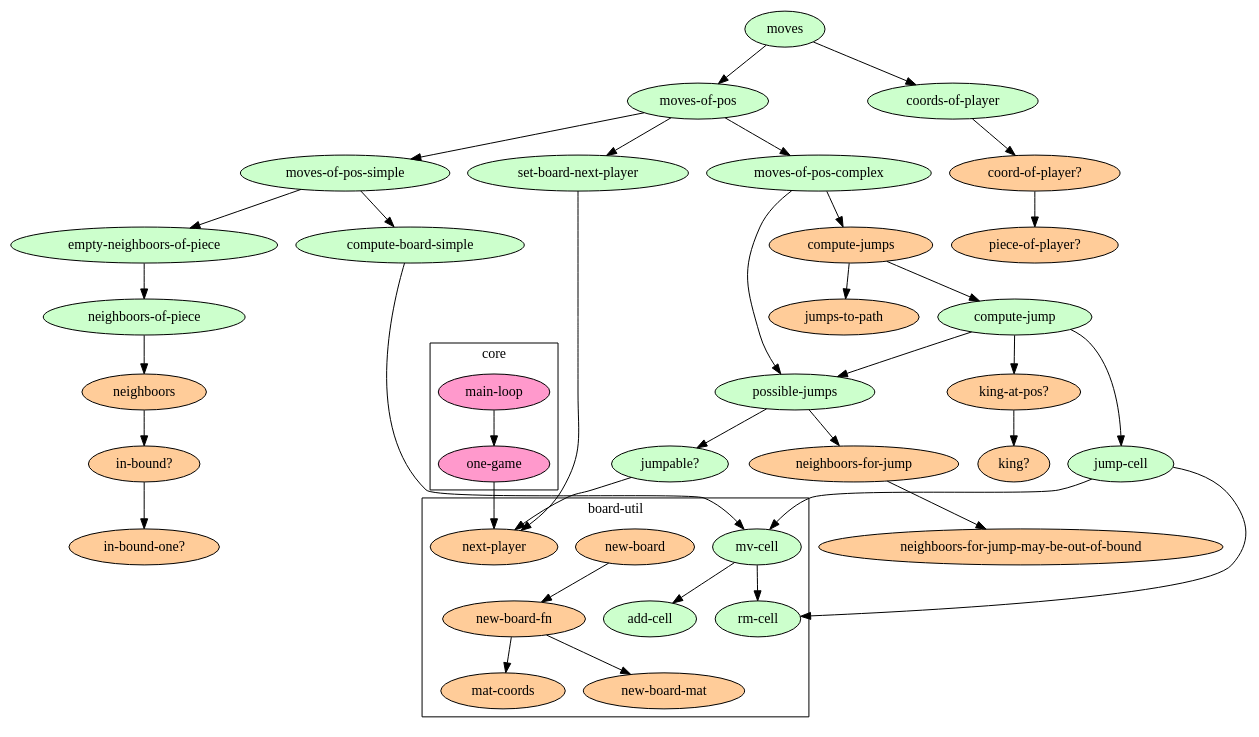
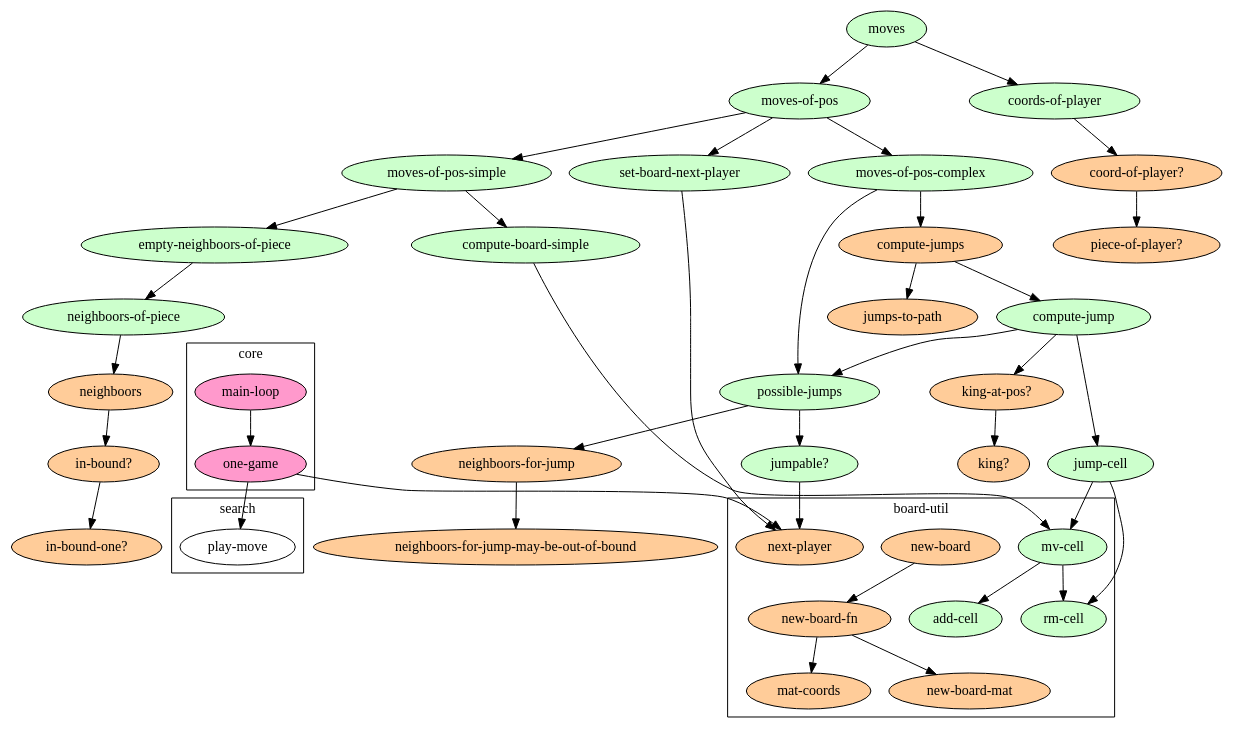
One commit to denlab/clojure-plays-checkers changed the diagram in doc/function-graph-detailled.dot. Above: the diagram before and after it, drawn with Graphviz.

```diff
--- a/doc/function-graph-detailled.dot
+++ b/doc/function-graph-detailled.dot
@@ -1,141 +1,152 @@
 digraph funtions {
 
 /******************************************************************************
  *                         edges                                              *         
  ******************************************************************************/
 
         "new-board-fn" -> "mat-coords";
         "new-board-fn" -> "new-board-mat";
         
         "new-board" -> "new-board-fn";
 
         "in-bound?" -> "in-bound-one?";
 
         "neighboors" -> "in-bound?";
 
         "neighboors-of-piece" -> "neighboors";
 
         "empty-neighboors-of-piece" -> "neighboors-of-piece";
 
         "mv-cell" -> "rm-cell";
         "mv-cell" -> "add-cell";
 
         "compute-board-simple" -> "mv-cell";
 
         "moves-of-pos-simple" -> "compute-board-simple";
         "moves-of-pos-simple" ->  "empty-neighboors-of-piece";
         
         "neighboors-for-jump" -> "neighboors-for-jump-may-be-out-of-bound";
 
         "jumpable?" -> "next-player";
 
         "possible-jumps" -> "jumpable?";
         "possible-jumps" -> "neighboors-for-jump";
 
         "jump-cell" -> "rm-cell";
         "jump-cell" -> "mv-cell";
 
         "king-at-pos?" -> "king?";
 
         "compute-jump" -> "jump-cell";
         "compute-jump" -> "possible-jumps";
         "compute-jump" -> "king-at-pos?";
 
         "compute-jumps" -> "compute-jump";
         "compute-jumps" -> "jumps-to-path";
 
         "moves-of-pos-complex" -> "compute-jumps";
         "moves-of-pos-complex" -> "possible-jumps";
         
         "set-board-next-player" -> "next-player";
 
         "moves-of-pos" -> "moves-of-pos-simple";
         "moves-of-pos" -> "moves-of-pos-complex";
         "moves-of-pos" -> "set-board-next-player";
 
         "coord-of-player?" -> "piece-of-player?";
 
         "coords-of-player" -> "coord-of-player?";
 
         "moves" -> "moves-of-pos";
         "moves" -> "coords-of-player";
 
 /******************************************************************************
  *                         nodes                                              *         
  ******************************************************************************/
 
         "moves"[style=filled,fillcolor="#CCFFCC"];
         "coords-of-player"[style=filled,fillcolor="#CCFFCC"];
         "moves-of-pos"[style=filled,fillcolor="#CCFFCC"];
         "moves-of-pos-complex"[style=filled,fillcolor="#CCFFCC"];
         "moves-of-pos-simple"[style=filled,fillcolor="#CCFFCC"];
         "compute-board-simple"[style=filled,fillcolor="#CCFFCC"];
         "mv-cell"[style=filled,fillcolor="#CCFFCC"];
         "add-cell"[style=filled,fillcolor="#CCFFCC"];
         "rm-cell"[style=filled,fillcolor="#CCFFCC"];
         "empty-neighboors-of-piece"[style=filled,fillcolor="#CCFFCC"];
         "neighboors-of-piece"[style=filled,fillcolor="#CCFFCC"];
 
         "compute-jump"[style=filled,fillcolor="#CCFFCC"];
 
         "jump-cell"[style=filled,fillcolor="#CCFFCC"];
         "possible-jumps"[style=filled,fillcolor="#CCFFCC"];
         "jumpable?"[style=filled,fillcolor="#CCFFCC"];
 
         "coord-of-player?"[style=filled,fillcolor="#FFCC99"];
         "jumps-to-path"[style=filled,fillcolor="#FFCC99"];
         "king-at-pos?"[style=filled,fillcolor="#FFCC99"];
         "king?"[style=filled,fillcolor="#FFCC99"];
         "neighboors-for-jump"[style=filled,fillcolor="#FFCC99"];
         "neighboors-for-jump-may-be-out-of-bound"[style=filled,fillcolor="#FFCC99"];
         "neighboors"[style=filled,fillcolor="#FFCC99"];
         "new-board"[style=filled,fillcolor="#FFCC99"];
         "new-board-fn"[style=filled,fillcolor="#FFCC99"];
         "new-board-mat"[style=filled,fillcolor="#FFCC99"];
         "mat-coords"[style=filled,fillcolor="#FFCC99"];
 
         "set-board-next-player"[style=filled,fillcolor="#CCFFCC"];
 
         "compute-jumps"[style=filled,fillcolor="#FFCC99"];
 
         "piece-of-player?"[style=filled,fillcolor="#FFCC99"];
         "next-player"[style=filled,fillcolor="#FFCC99"];
         "in-bound?"[style=filled,fillcolor="#FFCC99"];
         "in-bound-one?"[style=filled,fillcolor="#FFCC99"];
 
 
 /******************************************************************************
  *                         core                                               *         
  ******************************************************************************/
 
         subgraph "cluster-ns-core" {
                 label = "core";
 
                 node [style=filled,fillcolor="#FF99CC"];
 
                 "main-loop" -> "one-game";
 
                 "main-loop";
                 "one-game";
         }
 
         "one-game" -> "next-player";
 
 /******************************************************************************
- *                         namespaces                                         *         
+ *                         board-util                                         *         
  ******************************************************************************/
 
         subgraph "cluster-ns-board-util" {
                  "mv-cell";
                  "rm-cell";
                  "add-cell";
                  "next-player";
 
                  "new-board";
                  "new-board-fn";
                  "mat-coords";
                  "new-board-mat";
 
                  label = "board-util";
         }
+
+/******************************************************************************
+ *                         search                                             *         
+ ******************************************************************************/
+
+        subgraph "cluster-ns-search" {
+                 "play-move";
+                "one-game"  -> "play-move";
+
+                 label = "search";
+        }
 }
```
